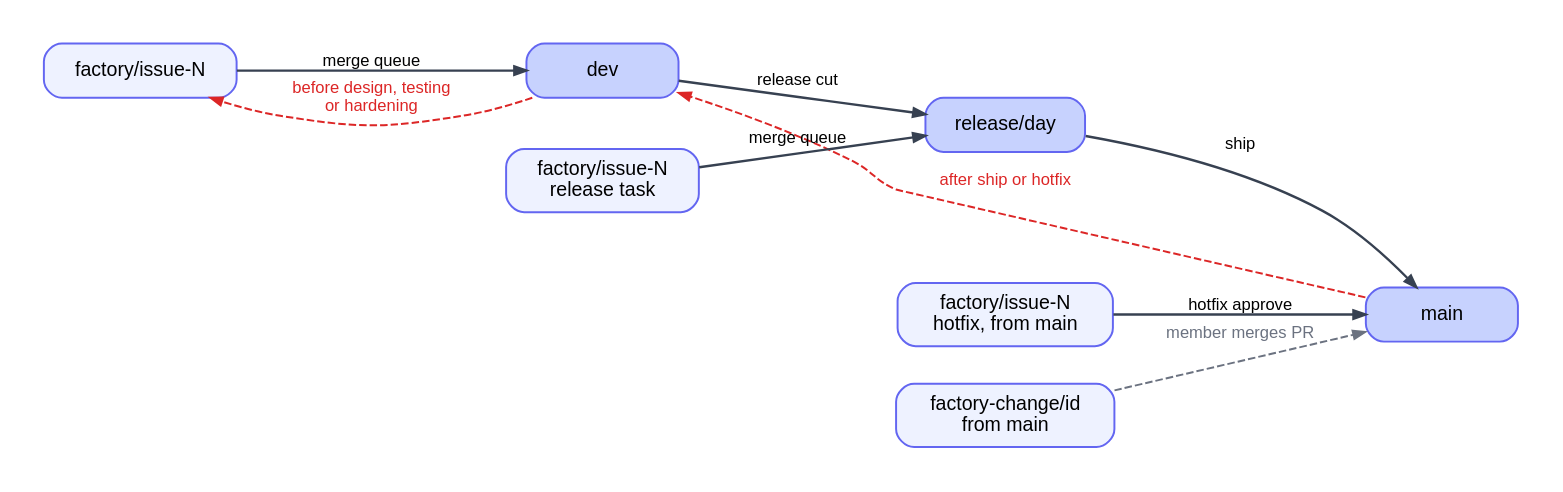
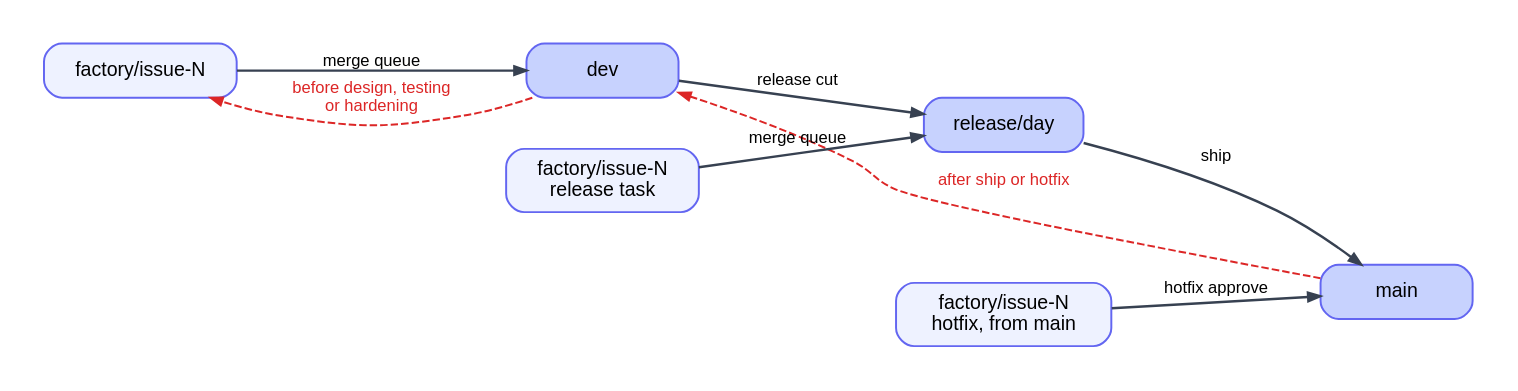
The diagram in factory/docs/diagrams/branches.dot (ROAM-game-org/road-machiners), drawn with Graphviz before and after one commit. The commit also changed 46 other files, not shown here.

```diff
--- a/factory/docs/diagrams/branches.dot
+++ b/factory/docs/diagrams/branches.dot
@@ -1,15 +1,13 @@
-// Branches. Each arrow is a merge. Grey: a pull request a member merges.
+// Branches. Each arrow is a merge.
 digraph branches {
   rankdir=LR; nodesep=0.35; ranksep=0.8; bgcolor=white; pad=0.3;
   node [shape=box, style="rounded,filled", fillcolor="#eef2ff", color="#6366f1", fontname="Helvetica", fontsize=13, margin="0.2,0.1", penwidth=1.3, width=1.4];
   edge [color="#374151", penwidth=1.6, arrowsize=0.8, fontname="Helvetica", fontsize=11];
   issue [label="factory/issue-N"]; dev [label="dev", fillcolor="#c7d2fe"]; rel [label="release/day", fillcolor="#c7d2fe"]; main [label="main", fillcolor="#c7d2fe"];
-  task [label="factory/issue-N\nrelease task"]; hotfix [label="factory/issue-N\nhotfix, from main"]; chg [label="factory-change/id\nfrom main"];
+  task [label="factory/issue-N\nrelease task"]; hotfix [label="factory/issue-N\nhotfix, from main"];
   issue -> dev [label="merge queue"]; dev -> rel [label="release cut"]; rel -> main [label="ship"];
   task -> rel [label="merge queue"]; hotfix -> main [label="hotfix approve"];
   edge [color="#dc2626", fontcolor="#dc2626", style=dashed, penwidth=1.3];
   main -> dev [label="after ship or hotfix", constraint=false];
   dev -> issue [label="before design, testing\nor hardening", constraint=false];
-  edge [color="#6b7280", fontcolor="#6b7280"];
-  chg -> main [label="member merges PR"];
 }
```
